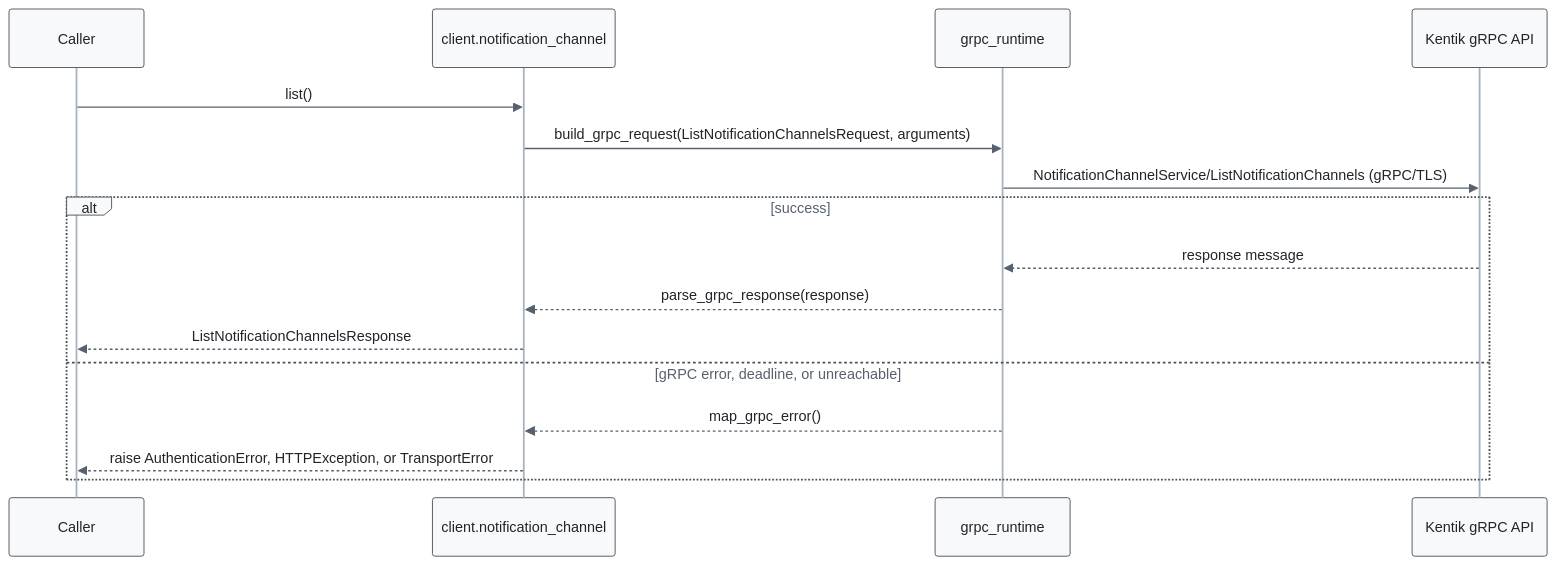
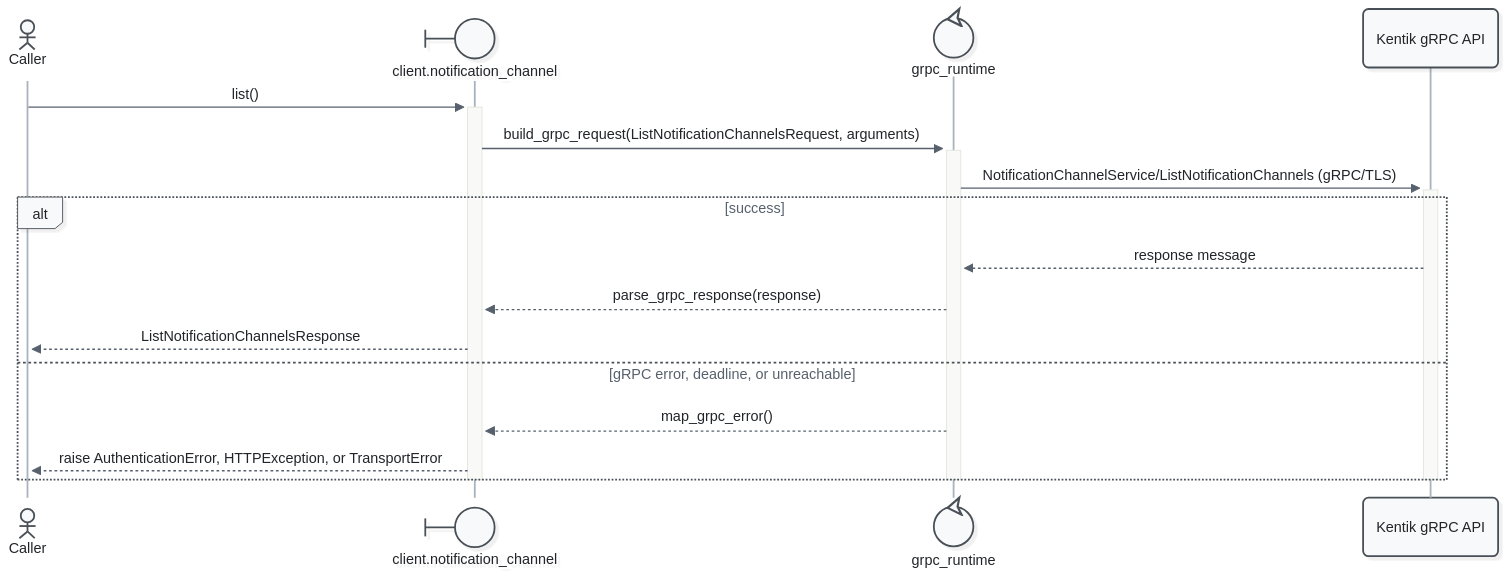
Before and after one commit to alexdearaujo/community_sdk_python: the second of 7 diagrams in docs/sphinx/services/notification_channel.md, drawn with Mermaid. The commit also changed other lines of this file and 52 other files, not shown here.

First line of the commit message:
docs: Mermaid 12 sequence diagrams with participant types and path colors

````diff
--- a/docs/sphinx/services/notification_channel.md
+++ b/docs/sphinx/services/notification_channel.md
@@ -55,20 +57,23 @@
 ```mermaid
-%%{init: {"theme": "base", "fontFamily": "ui-monospace, SFMono-Regular, Menlo, monospace", "themeVariables": {"fontFamily": "ui-monospace, SFMono-Regular, Menlo, monospace", "primaryColor": "#f8f9fa", "primaryBorderColor": "#495057", "primaryTextColor": "#212529", "textColor": "#212529", "lineColor": "#77818c", "edgeLabelBackground": "#ffffff", "actorBkg": "#f8f9fa", "actorBorder": "#495057", "actorTextColor": "#212529", "actorLineColor": "#a9b3be", "signalColor": "#57616d", "signalTextColor": "#212529", "labelBoxBkgColor": "#f8f9fa", "labelBoxBorderColor": "#495057", "labelTextColor": "#212529", "loopTextColor": "#57616d", "noteBkgColor": "#fff9db", "noteBorderColor": "#f08c00", "noteTextColor": "#a35a00"}, "flowchart": {"curve": "step", "nodeSpacing": 30, "rankSpacing": 70, "wrappingWidth": 400}}}%%
+%%{init: {"theme": "redux", "look": "neo", "layout": "dagre", "fontFamily": "ui-monospace, SFMono-Regular, Menlo, monospace", "themeVariables": {"fontFamily": "ui-monospace, SFMono-Regular, Menlo, monospace", "primaryColor": "#f8f9fa", "primaryBorderColor": "#495057", "primaryTextColor": "#212529", "textColor": "#212529", "lineColor": "#77818c", "edgeLabelBackground": "#ffffff", "actorBkg": "#f8f9fa", "actorBorder": "#495057", "actorTextColor": "#212529", "actorLineColor": "#a9b3be", "signalColor": "#57616d", "signalTextColor": "#212529", "labelBoxBkgColor": "#f8f9fa", "labelBoxBorderColor": "#495057", "labelTextColor": "#212529", "loopTextColor": "#57616d", "noteBkgColor": "#fff9db", "noteBorderColor": "#f08c00", "noteTextColor": "#a35a00"}, "sequence": {"activationWidth": 16}, "flowchart": {"curve": "step", "nodeSpacing": 30, "rankSpacing": 70, "wrappingWidth": 400}}}%%
 sequenceDiagram
-    participant C as Caller
-    participant W as client.notification_channel
-    participant R as grpc_runtime
+    actor C as Caller
+    participant W@{ "type": "boundary" } as client.notification_channel
+    participant R@{ "type": "control" } as grpc_runtime
     participant API as Kentik gRPC API
 
-    C->>W: list()
-    W->>R: build_grpc_request(ListNotificationChannelsRequest, arguments)
-    R->>API: NotificationChannelService/ListNotificationChannels (gRPC/TLS)
+    C->>+W: list()
+    W->>+R: build_grpc_request(ListNotificationChannelsRequest, arguments)
+    R->>+API: NotificationChannelService/ListNotificationChannels (gRPC/TLS)
     alt success
         API-->>R: response message
         R-->>W: parse_grpc_response(response)
         W-->>C: ListNotificationChannelsResponse
     else gRPC error, deadline, or unreachable
         R-->>W: map_grpc_error()
         W-->>C: raise AuthenticationError, HTTPException, or TransportError
     end
+    deactivate API
+    deactivate R
+    deactivate W
 ```
````
